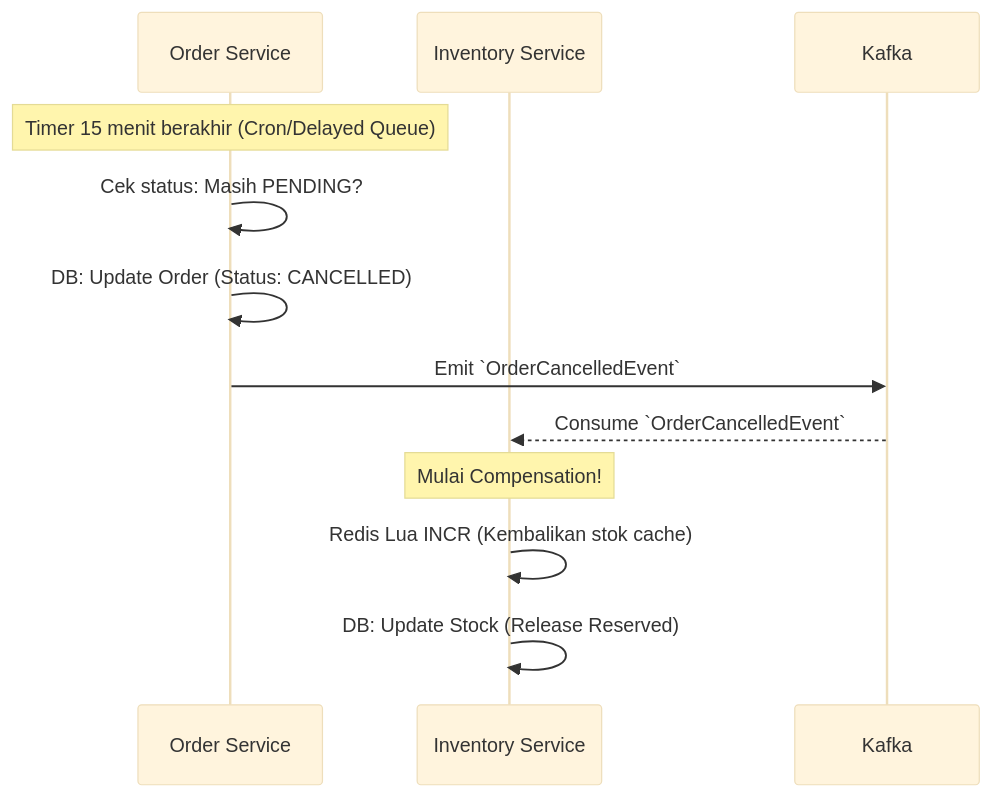
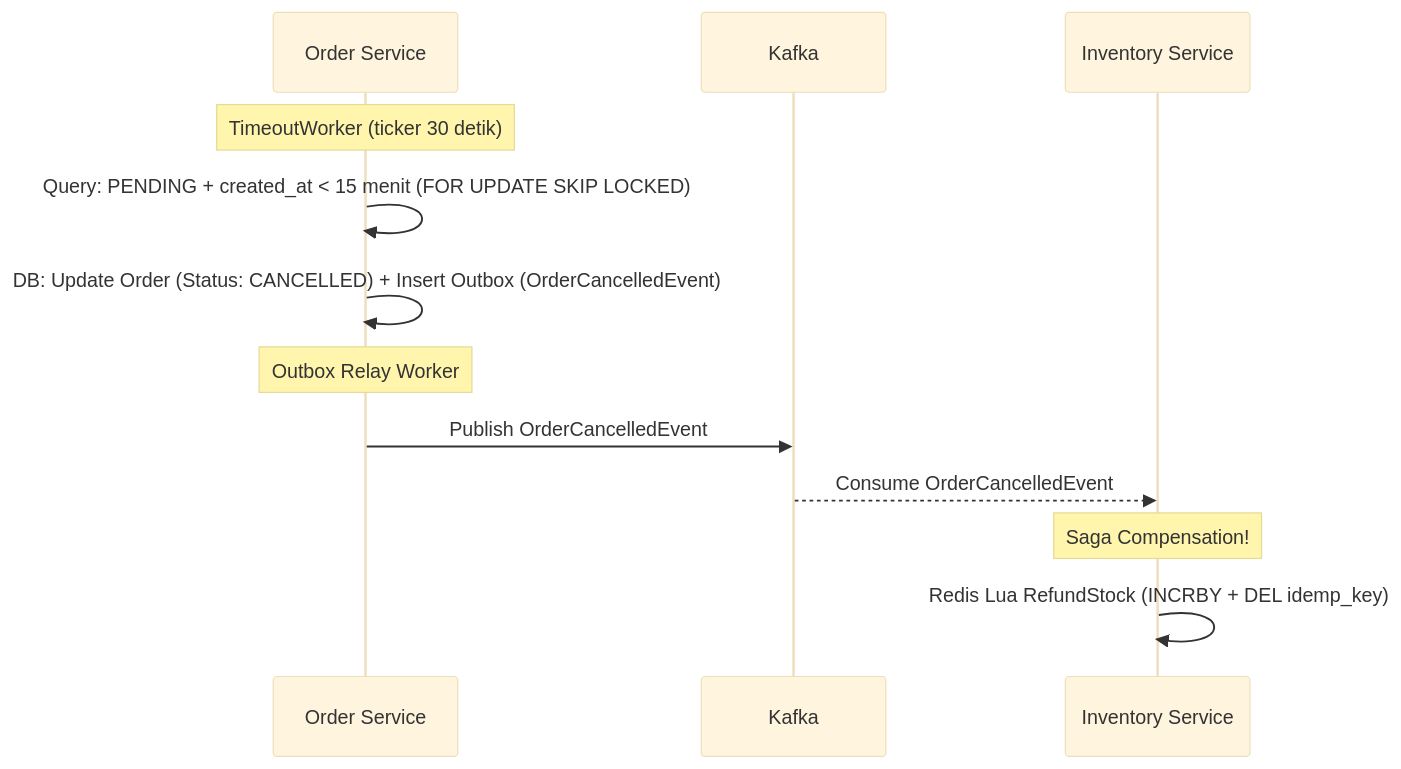
Before and after one commit to odealidj/go-distributed-flashsale-kf: the third of 3 diagrams in docs/architecture/checkout-saga.md, drawn with Mermaid (base theme). The commit also changed other lines of this file and 25 other files, not shown here.

````diff
--- a/docs/architecture/checkout-saga.md
+++ b/docs/architecture/checkout-saga.md
@@ -39,14 +69,14 @@
 ```mermaid
 sequenceDiagram
     participant O as Order Service
+    participant K as Kafka
     participant I as Inventory Service
-    participant K as Kafka
-    Note over O: Timer 15 menit berakhir (Cron/Delayed Queue)
-    O->>O: Cek status: Masih PENDING?
-    O->>O: DB: Update Order (Status: CANCELLED)
-    O->>K: Emit `OrderCancelledEvent`
-    K-->>I: Consume `OrderCancelledEvent`
-    Note over I: Mulai Compensation!
-    I->>I: Redis Lua INCR (Kembalikan stok cache)
-    I->>I: DB: Update Stock (Release Reserved)
+    Note over O: TimeoutWorker (ticker 30 detik)
+    O->>O: Query: PENDING + created_at < 15 menit (FOR UPDATE SKIP LOCKED)
+    O->>O: DB: Update Order (Status: CANCELLED) + Insert Outbox (OrderCancelledEvent)
+    Note over O: Outbox Relay Worker
+    O->>K: Publish OrderCancelledEvent
+    K-->>I: Consume OrderCancelledEvent
+    Note over I: Saga Compensation!
+    I->>I: Redis Lua RefundStock (INCRBY + DEL idemp_key)
 ```
````
